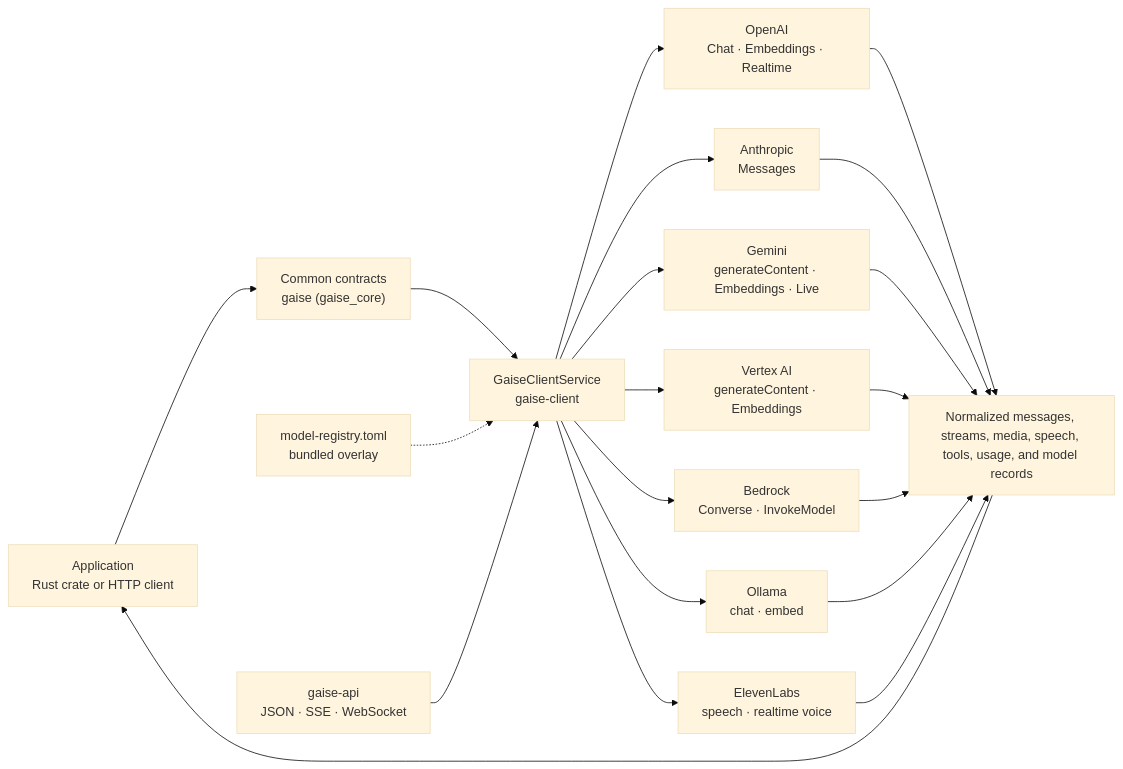
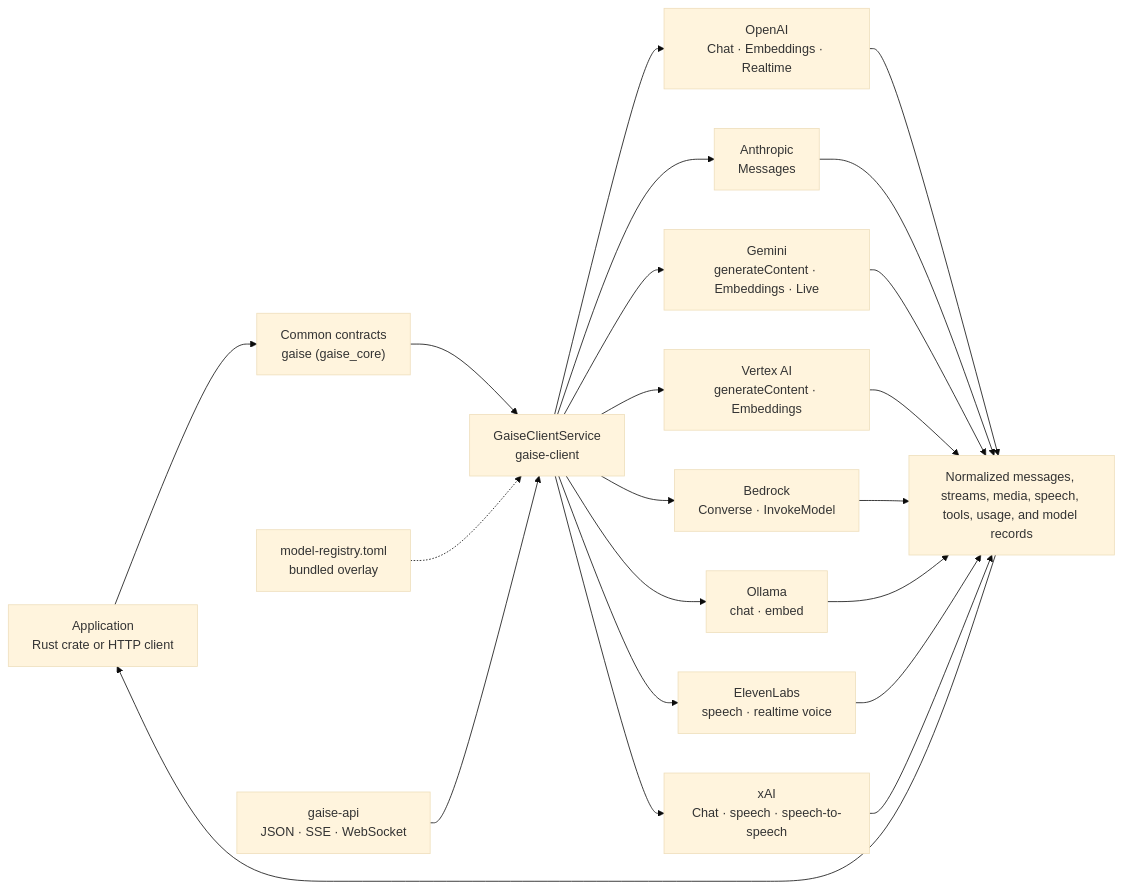
One commit to ikcore/gaise changed the first of 2 diagrams in wiki/README.md. Above: the diagram before and after it, drawn with Mermaid (base theme). The commit also changed other lines of this file and 44 other files, not shown here.

````diff
--- a/wiki/README.md
+++ b/wiki/README.md
@@ -50,16 +51,17 @@
 ```mermaid
 flowchart LR
     App["Application<br/>Rust crate or HTTP client"] --> Contract["Common contracts<br/>gaise (gaise_core)"]
     Contract --> Router["GaiseClientService<br/>gaise-client"]
     Router --> OAI["OpenAI<br/>Chat · Embeddings · Realtime"]
     Router --> ANT["Anthropic<br/>Messages"]
     Router --> GEM["Gemini<br/>generateContent · Embeddings · Live"]
     Router --> VAI["Vertex AI<br/>generateContent · Embeddings"]
     Router --> BED["Bedrock<br/>Converse · InvokeModel"]
     Router --> OLL["Ollama<br/>chat · embed"]
     Router --> ELL["ElevenLabs<br/>speech · realtime voice"]
+    Router --> XAI["xAI<br/>Chat · speech · speech-to-speech"]
     Registry["model-registry.toml<br/>bundled overlay"] -.-> Router
-    OAI & ANT & GEM & VAI & BED & OLL & ELL --> Norm["Normalized messages, streams, media, speech, tools, usage, and model records"]
+    OAI & ANT & GEM & VAI & BED & OLL & ELL & XAI --> Norm["Normalized messages, streams, media, speech, tools, usage, and model records"]
     Norm --> App
     HTTP["gaise-api<br/>JSON · SSE · WebSocket"] --> Router
 ```
````
